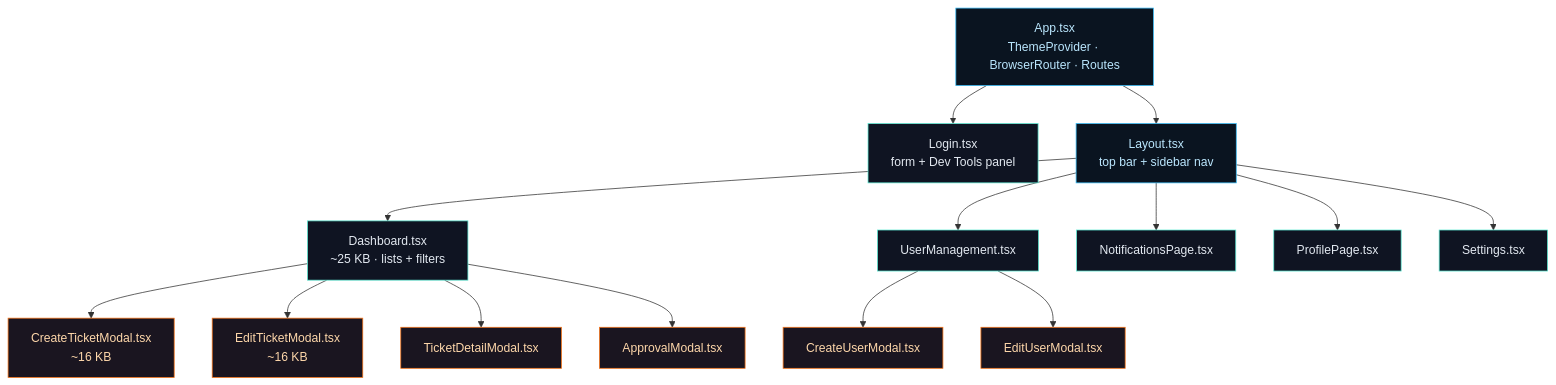
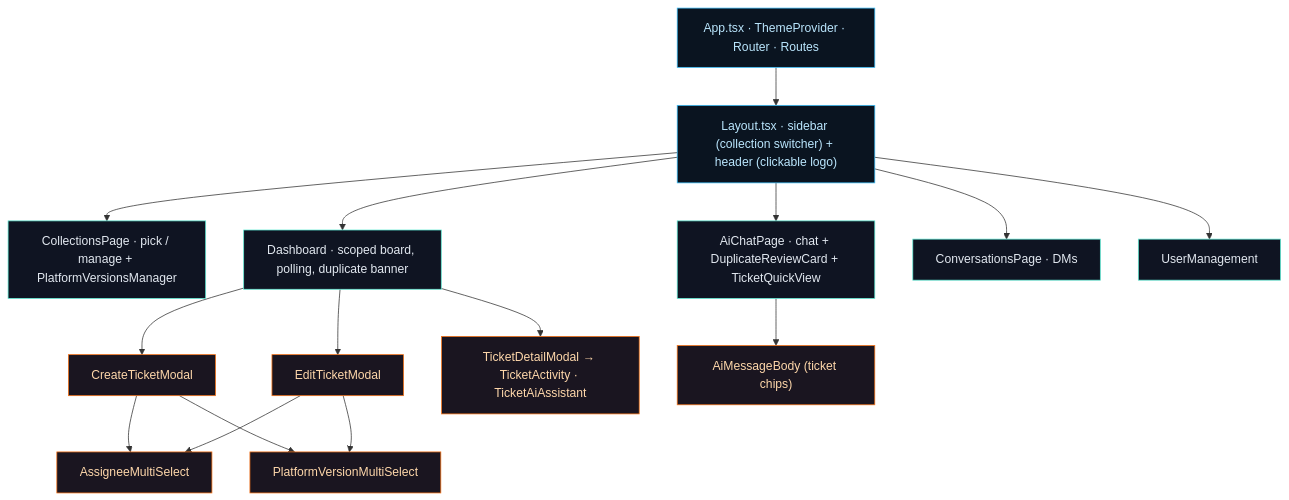
The third of 3 diagrams in README.md (Asciente-rks/service-ticket-system-frontend), drawn with Mermaid before and after one commit. The commit also changed other lines of this file, not shown here.

````diff
--- a/README.md
+++ b/README.md
@@ -122,28 +123,26 @@
 ```mermaid
 flowchart TB
-    App["App.tsx\nThemeProvider · BrowserRouter · Routes"]
+    App["App.tsx · ThemeProvider · Router · Routes"]
+    App --> Layout["Layout.tsx · sidebar (collection switcher) + header (clickable logo)"]
+    Layout --> Collections["CollectionsPage · pick / manage + PlatformVersionsManager"]
+    Layout --> Dash["Dashboard · scoped board, polling, duplicate banner"]
+    Layout --> Ai["AiChatPage · chat + DuplicateReviewCard + TicketQuickView"]
+    Layout --> Conv["ConversationsPage · DMs"]
+    Layout --> Team["UserManagement"]
 
-    App --> LoginPage["Login.tsx\nform + Dev Tools panel"]
-    App --> LayoutShell["Layout.tsx\ntop bar + sidebar nav"]
+    Dash --> CT["CreateTicketModal"]
+    Dash --> ET["EditTicketModal"]
+    Dash --> TD["TicketDetailModal → TicketActivity · TicketAiAssistant"]
+    CT --> AMS["AssigneeMultiSelect"]
+    CT --> PVM["PlatformVersionMultiSelect"]
+    ET --> AMS
+    ET --> PVM
+    Ai --> AMB["AiMessageBody (ticket chips)"]
 
-    LayoutShell --> DashPage["Dashboard.tsx\n~25 KB · lists + filters"]
-    LayoutShell --> UsersPage["UserManagement.tsx"]
-    LayoutShell --> NotifsPage["NotificationsPage.tsx"]
-    LayoutShell --> ProfilePage["ProfilePage.tsx"]
-    LayoutShell --> SettingsComp["Settings.tsx"]
-
-    DashPage --> CTModal["CreateTicketModal.tsx\n~16 KB"]
-    DashPage --> ETModal["EditTicketModal.tsx\n~16 KB"]
-    DashPage --> TDModal["TicketDetailModal.tsx"]
-    DashPage --> AModal["ApprovalModal.tsx"]
-
-    UsersPage --> CUModal["CreateUserModal.tsx"]
-    UsersPage --> EUModal["EditUserModal.tsx"]
-
+    classDef shell fill:#0a1420,stroke:#38bdf8,color:#bae6fd
     classDef page fill:#0f1422,stroke:#5eead4,color:#e2e8f0
     classDef modal fill:#1a1520,stroke:#f97316,color:#fed7aa
-    classDef shell fill:#0a1420,stroke:#38bdf8,color:#bae6fd
-    class LoginPage,DashPage,UsersPage,NotifsPage,ProfilePage,SettingsComp page
-    class CTModal,ETModal,TDModal,AModal,CUModal,EUModal modal
-    class App,LayoutShell shell
+    class App,Layout shell
+    class Collections,Dash,Ai,Conv,Team page
+    class CT,ET,TD,AMS,PVM,AMB modal
 ```
````
